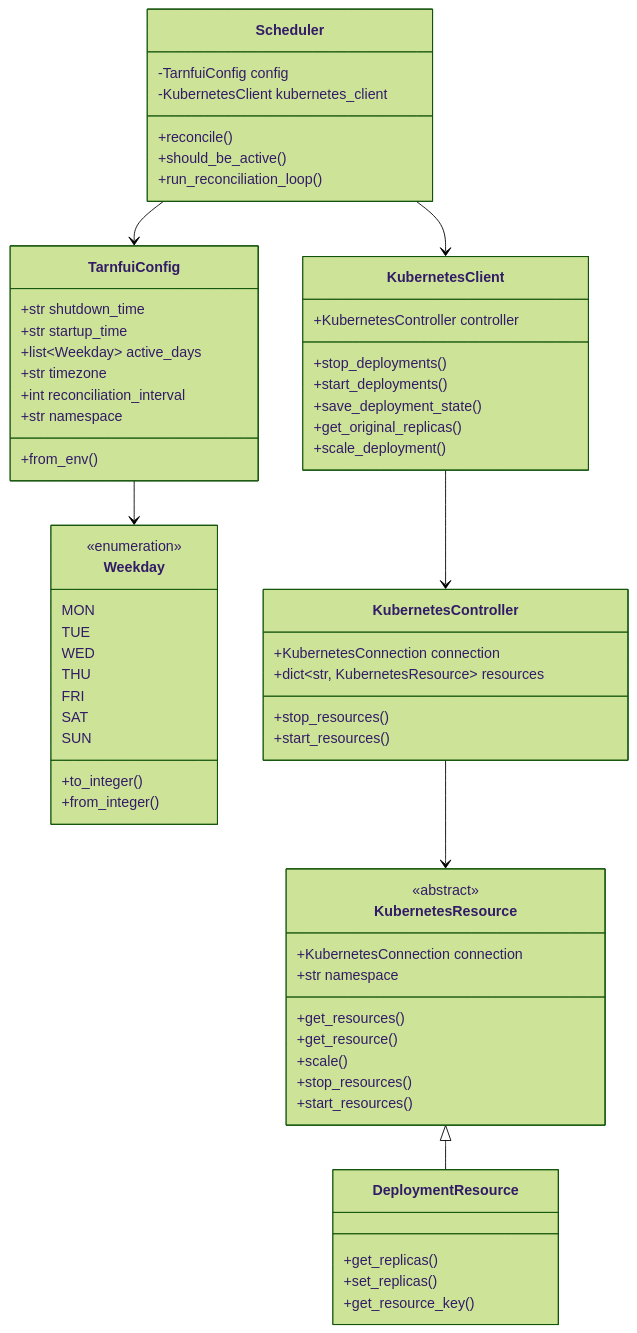
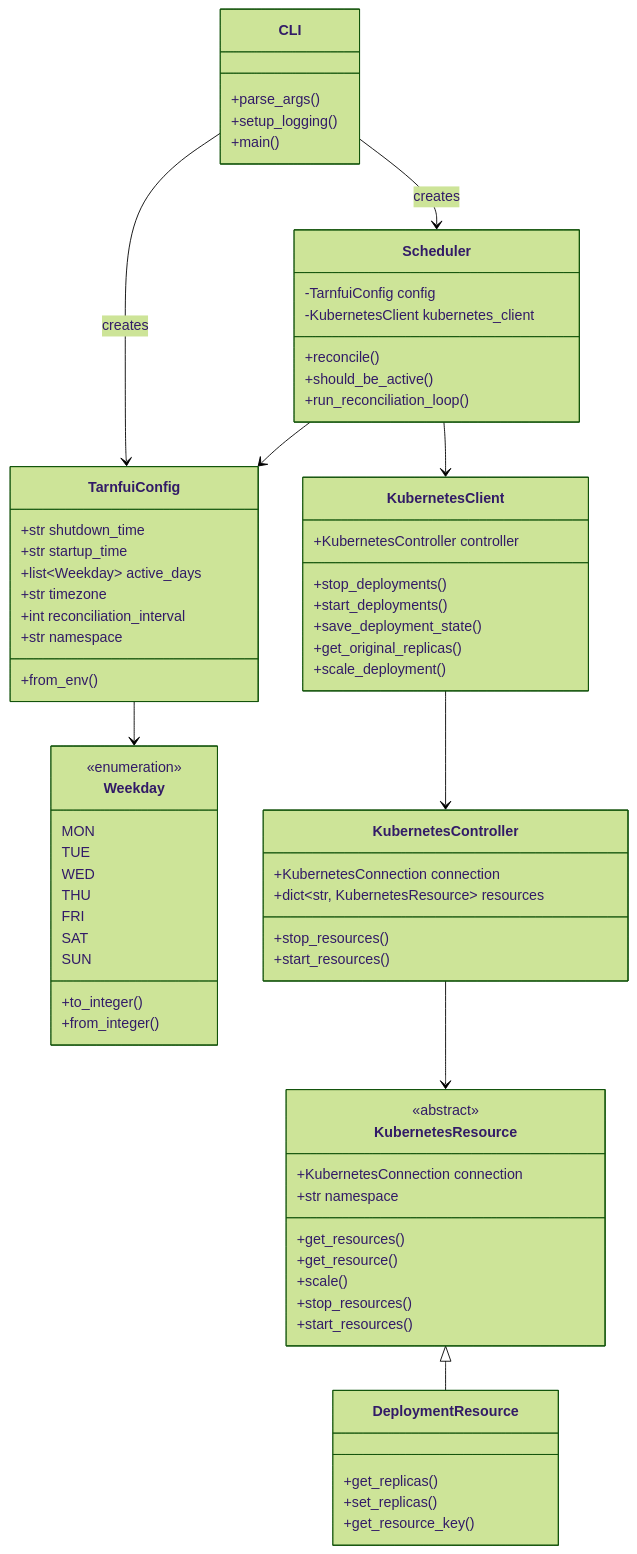
One commit to demikl/Tarnfui changed the second of 2 diagrams in README.md. Above: the diagram before and after it, drawn with Mermaid (forest theme). The commit also changed other lines of this file, not shown here.

Commit message:
Enhance README with detailed sequence and class diagrams for CLI and Scheduler interactions

````diff
--- a/README.md
+++ b/README.md
@@ -68,73 +81,81 @@
 ```mermaid
 classDiagram
+    class CLI {
+        +parse_args()
+        +setup_logging()
+        +main()
+    }
+    
     class Scheduler {
         -TarnfuiConfig config
         -KubernetesClient kubernetes_client
         +reconcile()
         +should_be_active()
         +run_reconciliation_loop()
     }
     
     class TarnfuiConfig {
         +str shutdown_time
         +str startup_time
         +list~Weekday~ active_days
         +str timezone
         +int reconciliation_interval
         +str namespace
         +from_env()
     }
     
     class Weekday {
         <<enumeration>>
         MON
         TUE
         WED
         THU
         FRI
         SAT
         SUN
         +to_integer()
         +from_integer()
     }
     
     class KubernetesClient {
         +KubernetesController controller
         +stop_deployments()
         +start_deployments()
         +save_deployment_state()
         +get_original_replicas()
         +scale_deployment()
     }
     
     class KubernetesController {
         +KubernetesConnection connection
         +dict~str, KubernetesResource~ resources
         +stop_resources()
         +start_resources()
     }
     
     class KubernetesResource {
         <<abstract>>
         +KubernetesConnection connection
         +str namespace
         +get_resources()
         +get_resource()
         +scale()
         +stop_resources()
         +start_resources()
     }
     
     class DeploymentResource {
         +get_replicas()
         +set_replicas()
         +get_resource_key()
     }
     
+    CLI --> Scheduler : creates
+    CLI --> TarnfuiConfig : creates
     Scheduler --> TarnfuiConfig
     Scheduler --> KubernetesClient
     TarnfuiConfig --> Weekday
     KubernetesClient --> KubernetesController
     KubernetesController --> KubernetesResource
     KubernetesResource <|-- DeploymentResource
 ```
````
